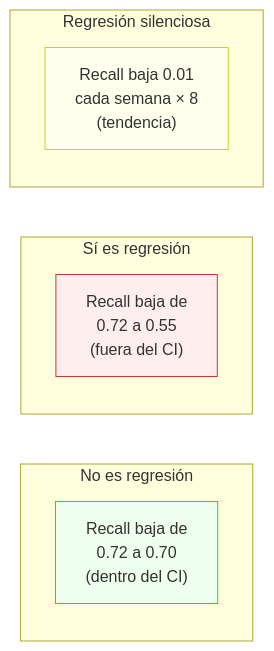
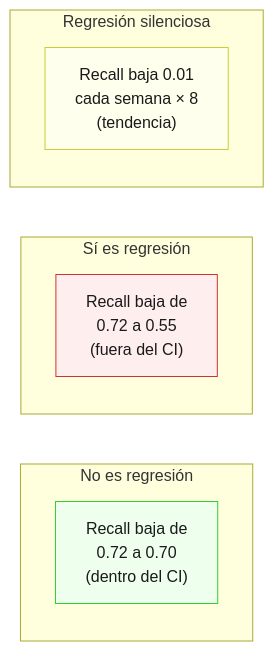
One commit to Alonsomar/estudio-personal changed the fourth of 6 diagrams in 01-evals/theory/09-regresiones-ci.md. Above: the diagram before and after it, drawn with Mermaid. The commit also changed other lines of this file and 20 other files, not shown here.

First line of the commit message:
fix(docs): texto oscuro en nodos Mermaid para legibilidad en modo oscuro

````diff
--- a/01-evals/theory/09-regresiones-ci.md
+++ b/01-evals/theory/09-regresiones-ci.md
@@ -152,18 +152,18 @@
 ```mermaid
 graph LR
     subgraph "No es regresión"
         F1["Recall baja de<br/>0.72 a 0.70<br/>(dentro del CI)"]
     end
     
     subgraph "Sí es regresión"
         F2["Recall baja de<br/>0.72 a 0.55<br/>(fuera del CI)"]
     end
     
     subgraph "Regresión silenciosa"
         F3["Recall baja 0.01<br/>cada semana × 8<br/>(tendencia)"]
     end
     
-    style F1 fill:#efe,stroke:#3c3
-    style F2 fill:#fee,stroke:#c33
-    style F3 fill:#ffe,stroke:#cc3
+    style F1 fill:#efe,stroke:#3c3,color:#1a1a1a
+    style F2 fill:#fee,stroke:#c33,color:#1a1a1a
+    style F3 fill:#ffe,stroke:#cc3,color:#1a1a1a
 ```
````
